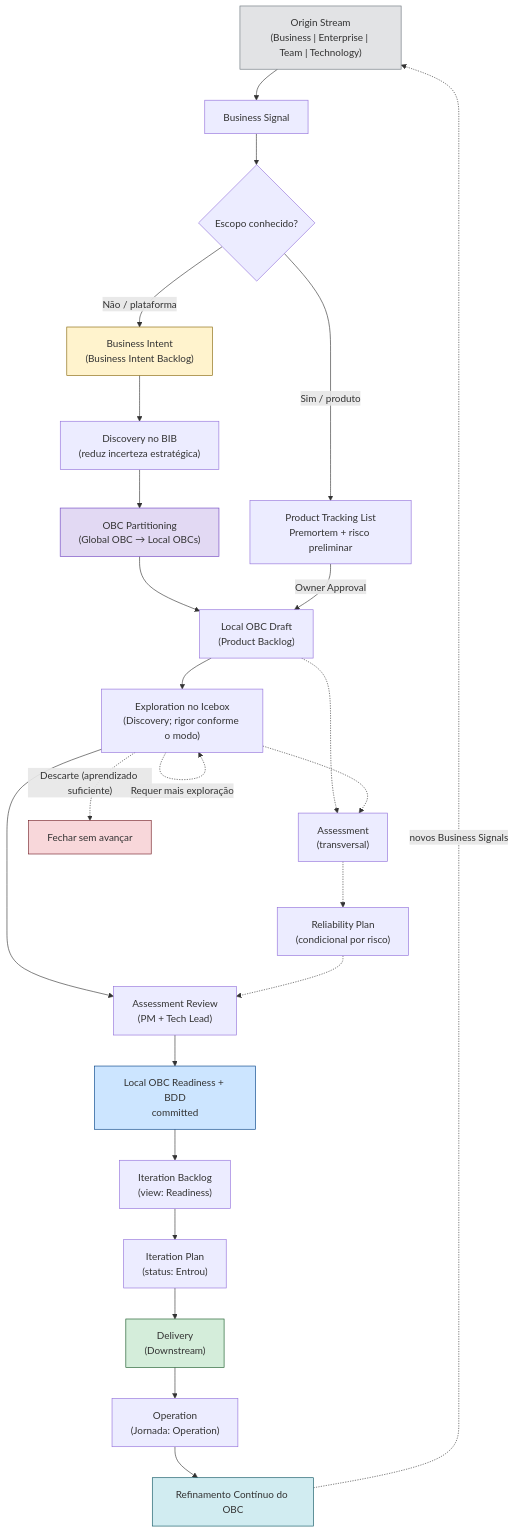
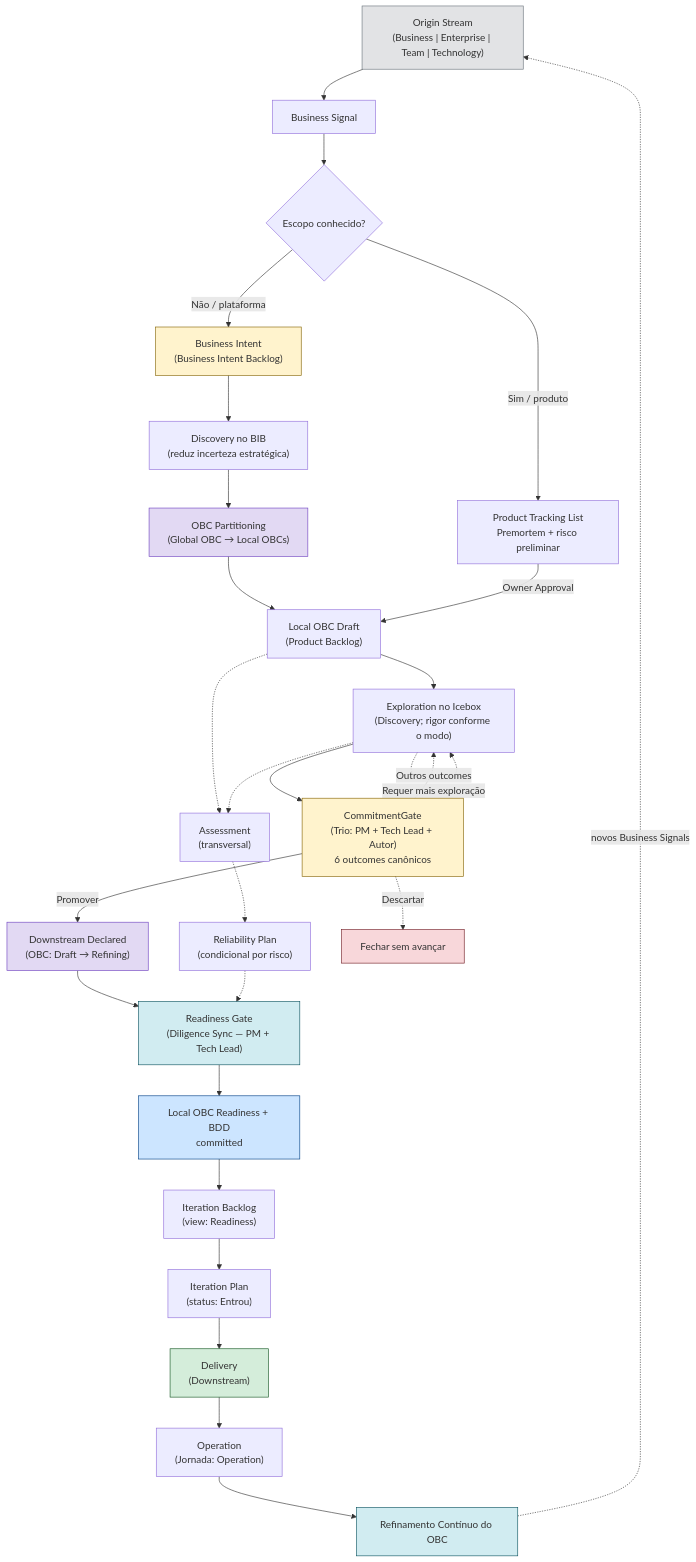
The diagram in prodops/framework/flow.md (produtoreativo/prodops-framework), drawn with Mermaid before and after one commit. The commit also changed other lines of this file and 7 other files, not shown here.

````diff
--- a/prodops/framework/flow.md
+++ b/prodops/framework/flow.md
@@ -19,53 +19,62 @@
 ```mermaid
 flowchart TD
     OS["Origin Stream\n(Business | Enterprise | Team | Technology)"]
     I["Business Signal"]
     CHOICE{"Escopo conhecido?"}
     RTL["Product Tracking List\nPremortem + risco preliminar"]
     GBIB["Business Intent\n(Business Intent Backlog)"]
     EX1["Discovery no BIB\n(reduz incerteza estratégica)"]
     PART["OBC Partitioning\n(Global OBC → Local OBCs)"]
     LPIB["Local OBC Draft\n(Product Backlog)"]
     EX2["Exploration no Icebox\n(Discovery; rigor conforme o modo)"]
     AS["Assessment\n(transversal)"]
     RP["Reliability Plan\n(condicional por risco)"]
-    REV["Assessment Review\n(PM + Tech Lead)"]
+    CG["CommitmentGate\n(Trio: PM + Tech Lead + Autor)\n6 outcomes canônicos"]
+    DD["Downstream Declared\n(OBC: Draft → Refining)"]
+    RG["Readiness Gate\n(Diligence Sync — PM + Tech Lead)"]
     OBC["Local OBC Readiness + BDD\ncommitted"]
     IP["Iteration Plan\n(status: Entrou)"]
     D["Delivery\n(Downstream)"]
     OP["Operation\n(Jornada: Operation)"]
     REF["Refinamento Contínuo do OBC"]
 
     OS --> I
     I --> CHOICE
     CHOICE -->|"Não / plataforma"| GBIB
     CHOICE -->|"Sim / produto"| RTL
     GBIB --> EX1
     EX1 --> PART
     PART --> LPIB
     RTL -->|"Owner Approval"| LPIB
     LPIB --> EX2
-    EX2 --> REV
+    EX2 --> CG
+    CG -->|"Promover"| DD
+    CG -.->|"Outros outcomes"| EX2
+    DD --> RG
     LPIB -.-> AS
     EX2 -.-> AS
     AS -.-> RP
-    RP -.-> REV
-    REV --> OBC
+    RP -.-> RG
+    RG --> OBC
     OBC --> IB["Iteration Backlog\n(view: Readiness)"]
     IB --> IP
     IP --> D
     D --> OP
     OP --> REF
     REF -.->|"novos Business Signals"| OS
 
-    EX2 -.->|"Descarte (aprendizado suficiente)"| X[Fechar sem avançar]
+    CG -.->|"Descartar"| X[Fechar sem avançar]
     EX2 -.->|"Requer mais exploração"| EX2
+
+    style CG fill:#fff3cd,stroke:#856404
+    style DD fill:#e2d9f3,stroke:#6f42c1
+    style RG fill:#d1ecf1,stroke:#0c5460
 
     style OS fill:#e2e3e5,stroke:#6c757d
     style GBIB fill:#fff3cd,stroke:#856404
     style PART fill:#e2d9f3,stroke:#6f42c1
     style OBC fill:#cce5ff,stroke:#004085
     style D fill:#d4edda,stroke:#155724
     style X fill:#f8d7da,stroke:#721c24
     style REF fill:#d1ecf1,stroke:#0c5460
 ```
````
